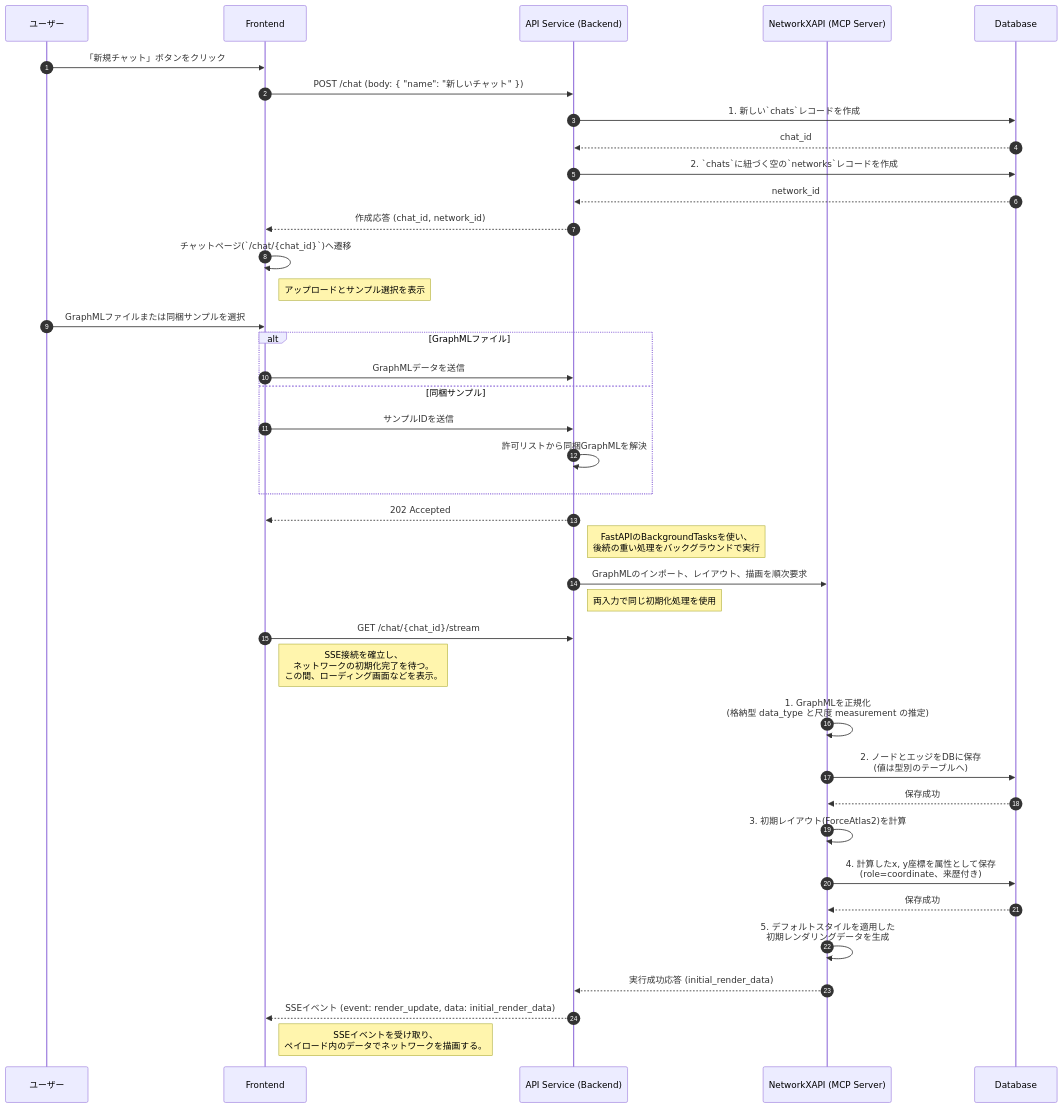
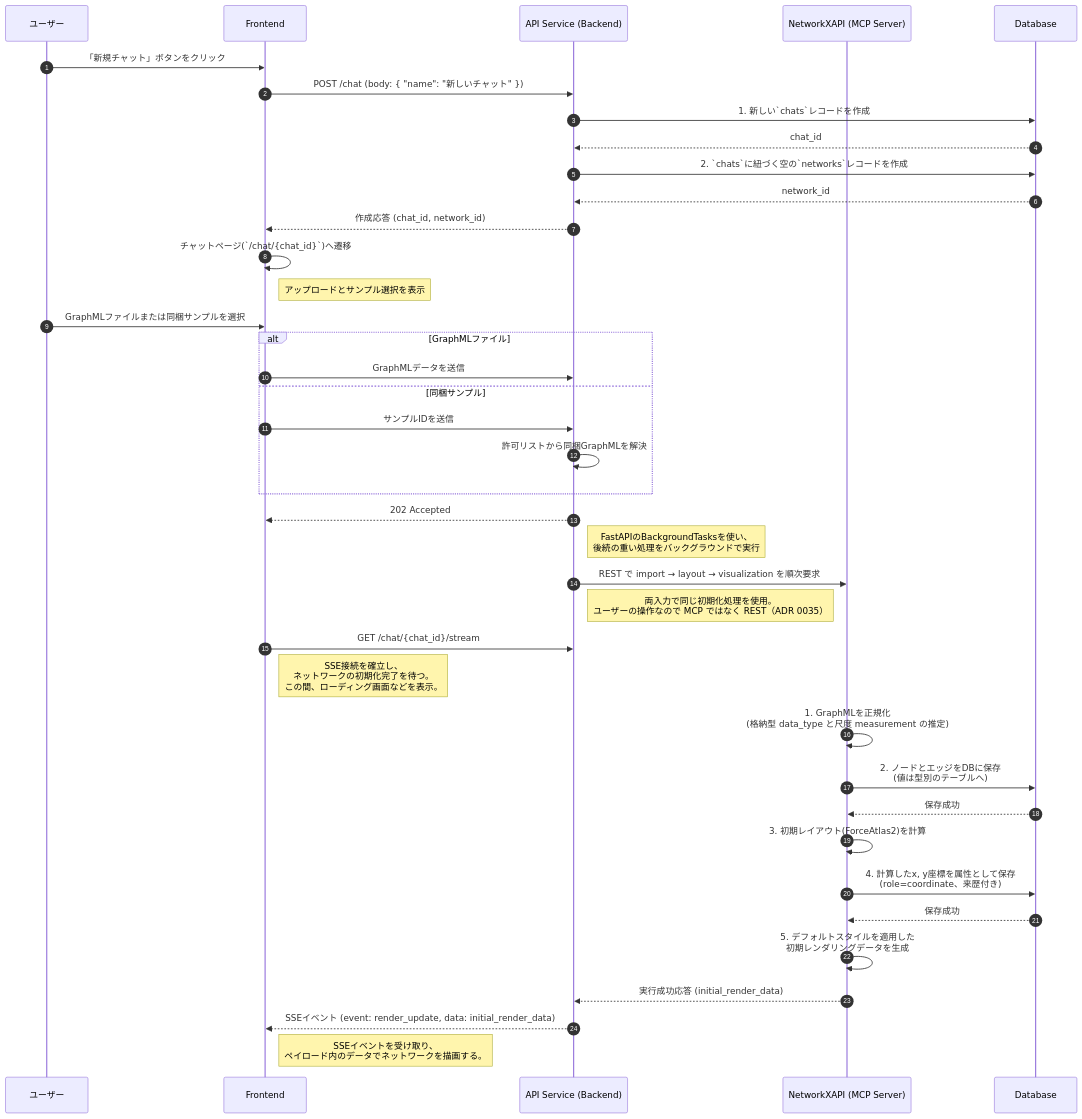
The first of 13 diagrams in specification/2_Technical_Details/6_Core_Workflows.md (vdslab/LLMGraphvis), drawn with Mermaid before and after one commit. The commit also changed 12 other files, not shown here.

First line of the commit message:
fix: initialise uploads over REST, keep MCP for the conversation (ADR 0035)

````diff
--- a/specification/2_Technical_Details/6_Core_Workflows.md
+++ b/specification/2_Technical_Details/6_Core_Workflows.md
@@ -22,53 +22,53 @@
 ```mermaid
 sequenceDiagram
     autonumber
     participant U as ユーザー
     participant F as Frontend
     participant B as API Service (Backend)
     participant N as NetworkXAPI (MCP Server)
     participant DB as Database
 
     %% Step 1: User creates a new chat
     U->>F: 「新規チャット」ボタンをクリック
     F->>B: POST /chat (body: { "name": "新しいチャット" })
     B->>DB: 1. 新しい`chats`レコードを作成
     DB-->>B: chat_id
     B->>DB: 2. `chats`に紐づく空の`networks`レコードを作成
     DB-->>B: network_id
     B-->>F: 作成応答 (chat_id, network_id)
 
     %% Step 2: Frontend navigates and user chooses an input
     F->>F: チャットページ(`/chat/{chat_id}`)へ遷移
     note right of F: アップロードとサンプル選択を表示
     U->>F: GraphMLファイルまたは同梱サンプルを選択
     alt GraphMLファイル
         F->>B: GraphMLデータを送信
     else 同梱サンプル
         F->>B: サンプルIDを送信
         B->>B: 許可リストから同梱GraphMLを解決
     end
 
     %% Step 3: Backend accepts the request and starts background task
     B-->>F: 202 Accepted
     note right of B: FastAPIのBackgroundTasksを使い、<br/>後続の重い処理をバックグラウンドで実行
-    B->>N: GraphMLのインポート、レイアウト、描画を順次要求
-    note right of B: 両入力で同じ初期化処理を使用
+    B->>N: REST で import → layout → visualization を順次要求
+    note right of B: 両入力で同じ初期化処理を使用。<br/>ユーザーの操作なので MCP ではなく REST（ADR 0035）
 
     %% Step 4: Frontend waits for SSE event
     F->>B: GET /chat/{chat_id}/stream
     note right of F: SSE接続を確立し、<br/>ネットワークの初期化完了を待つ。<br/>この間、ローディング画面などを表示。
 
     %% Step 5: Background processing in NetworkXAPI
     N->>N: 1. GraphMLを正規化<br/>(格納型 data_type と尺度 measurement の推定)
     N->>DB: 2. ノードとエッジをDBに保存<br/>(値は型別のテーブルへ)
     DB-->>N: 保存成功
     N->>N: 3. 初期レイアウト(ForceAtlas2)を計算
     N->>DB: 4. 計算したx, y座標を属性として保存<br/>(role=coordinate、来歴付き)
     DB-->>N: 保存成功
     N->>N: 5. デフォルトスタイルを適用した<br/>初期レンダリングデータを生成
     N-->>B: 実行成功応答 (initial_render_data)
 
     %% Step 6: Backend forwards the initial data via SSE
     B-->>F: SSEイベント (event: render_update, data: initial_render_data)
     note right of F: SSEイベントを受け取り、<br/>ペイロード内のデータでネットワークを描画する。
 ```
````
